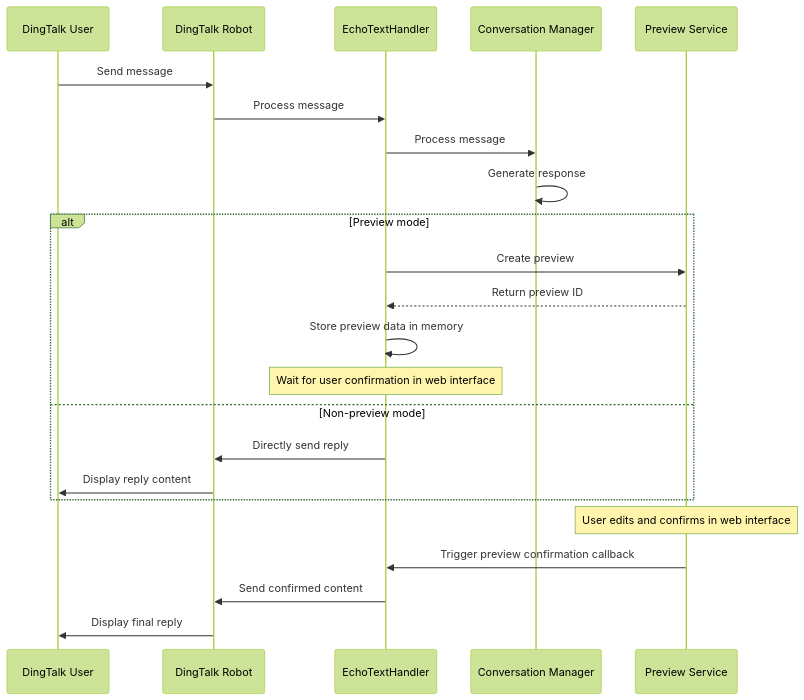
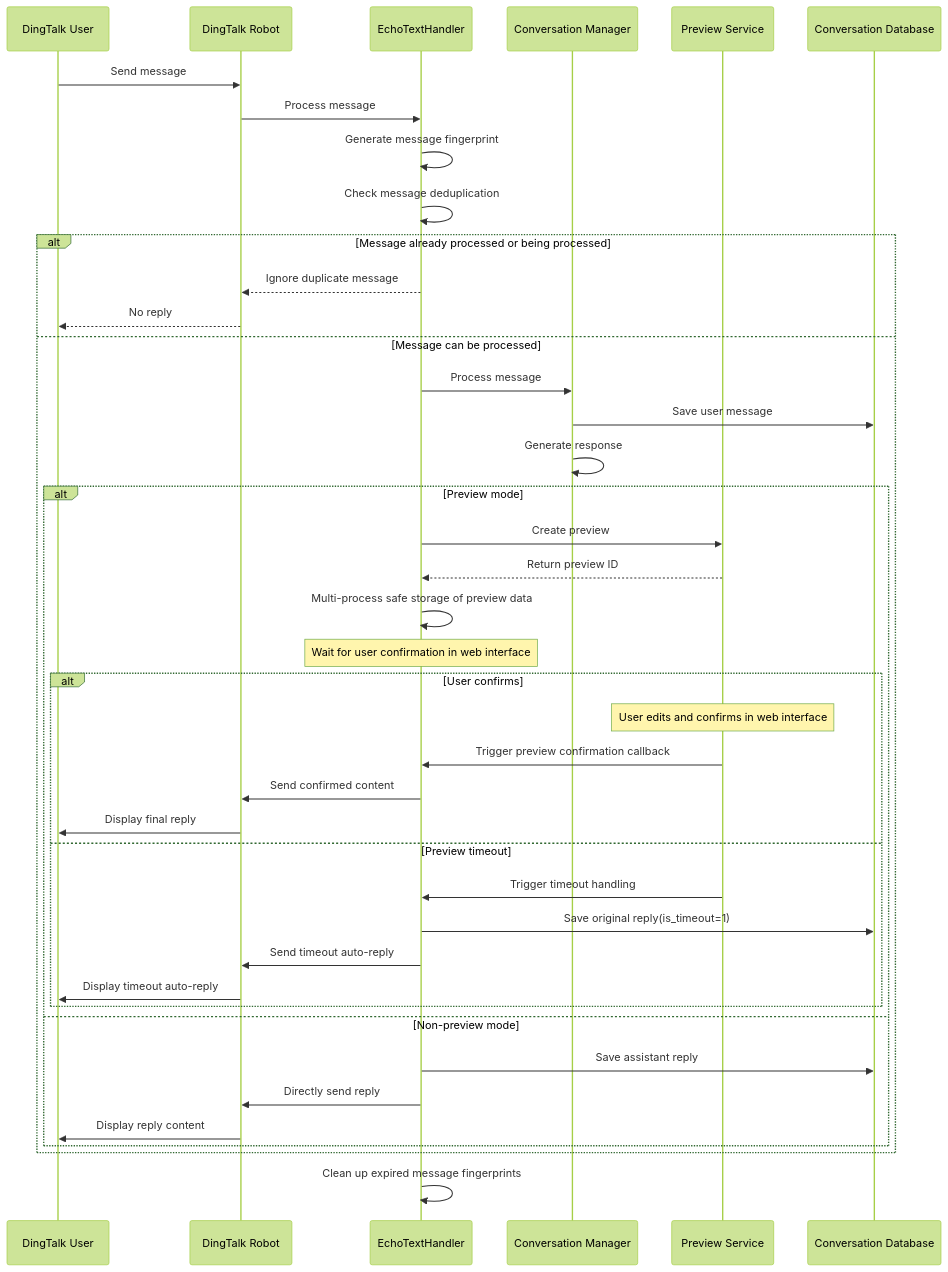
The third of 3 diagrams in docs/ConversationManagementSystemDocumentation.md (eogee/any4any), drawn with Mermaid (forest theme) before and after one commit. The commit also changed other lines of this file and 2 other files, not shown here.

````diff
--- a/docs/ConversationManagementSystemDocumentation.md
+++ b/docs/ConversationManagementSystemDocumentation.md
@@ -97,28 +133,48 @@
 ```mermaid
 sequenceDiagram
     participant DD as DingTalk User
     participant Bot as DingTalk Robot
     participant EH as EchoTextHandler
     participant CM as Conversation Manager
     participant PS as Preview Service
+    participant DB as Conversation Database
     
     DD->>Bot: Send message
     Bot->>EH: Process message
-    EH->>CM: Process message
-    CM->>CM: Generate response
     
-    alt Preview mode
-        EH->>PS: Create preview
-        PS-->>EH: Return preview ID
-        EH->>EH: Store preview data in memory
-        Note over EH: Wait for user confirmation in web interface
-    else Non-preview mode
-        EH->>Bot: Directly send reply
-        Bot->>DD: Display reply content
+    EH->>EH: Generate message fingerprint
+    EH->>EH: Check message deduplication
+    alt Message already processed or being processed
+        EH-->>Bot: Ignore duplicate message
+        Bot-->>DD: No reply
+    else Message can be processed
+        EH->>CM: Process message
+        CM->>DB: Save user message
+        CM->>CM: Generate response
+        
+        alt Preview mode
+            EH->>PS: Create preview
+            PS-->>EH: Return preview ID
+            EH->>EH: Multi-process safe storage of preview data
+            Note over EH: Wait for user confirmation in web interface
+            
+            alt User confirms
+                Note over PS: User edits and confirms in web interface
+                PS->>EH: Trigger preview confirmation callback
+                EH->>Bot: Send confirmed content
+                Bot->>DD: Display final reply
+            else Preview timeout
+                PS->>EH: Trigger timeout handling
+                EH->>DB: Save original reply(is_timeout=1)
+                EH->>Bot: Send timeout auto-reply
+                Bot->>DD: Display timeout auto-reply
+            end
+        else Non-preview mode
+            EH->>DB: Save assistant reply
+            EH->>Bot: Directly send reply
+            Bot->>DD: Display reply content
+        end
     end
     
-    Note over PS: User edits and confirms in web interface
-    PS->>EH: Trigger preview confirmation callback
-    EH->>Bot: Send confirmed content
-    Bot->>DD: Display final reply
+    EH->>EH: Clean up expired message fingerprints
 ```
````
